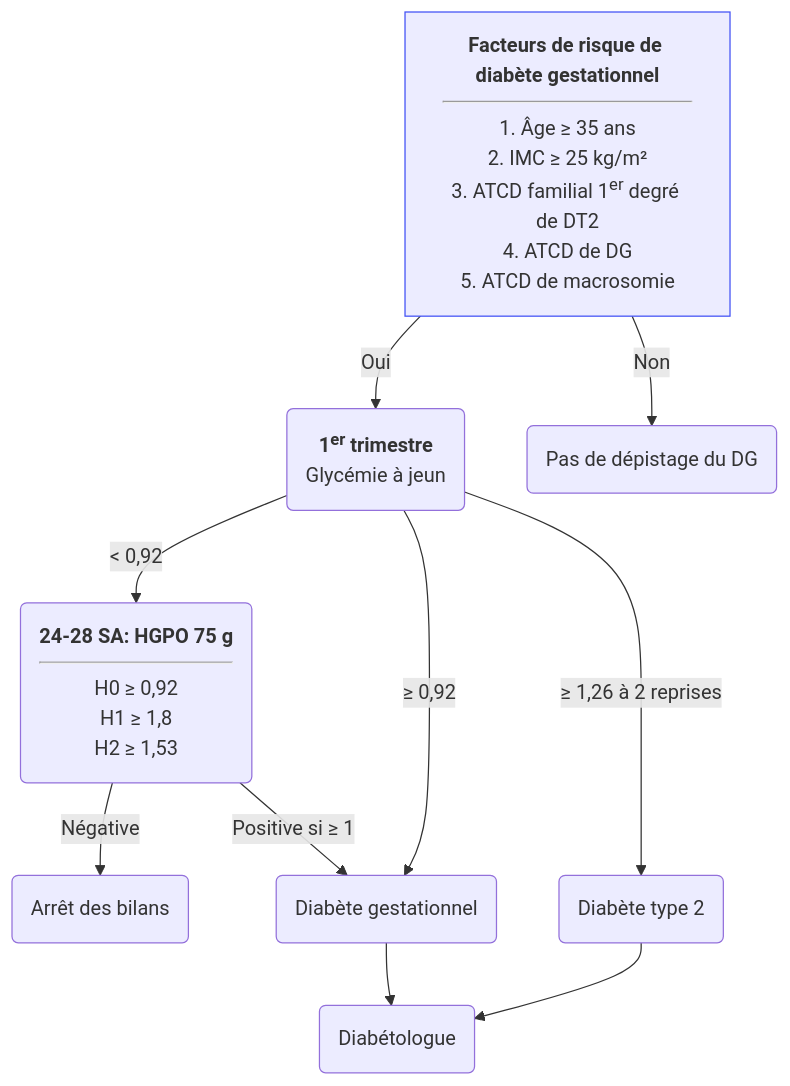
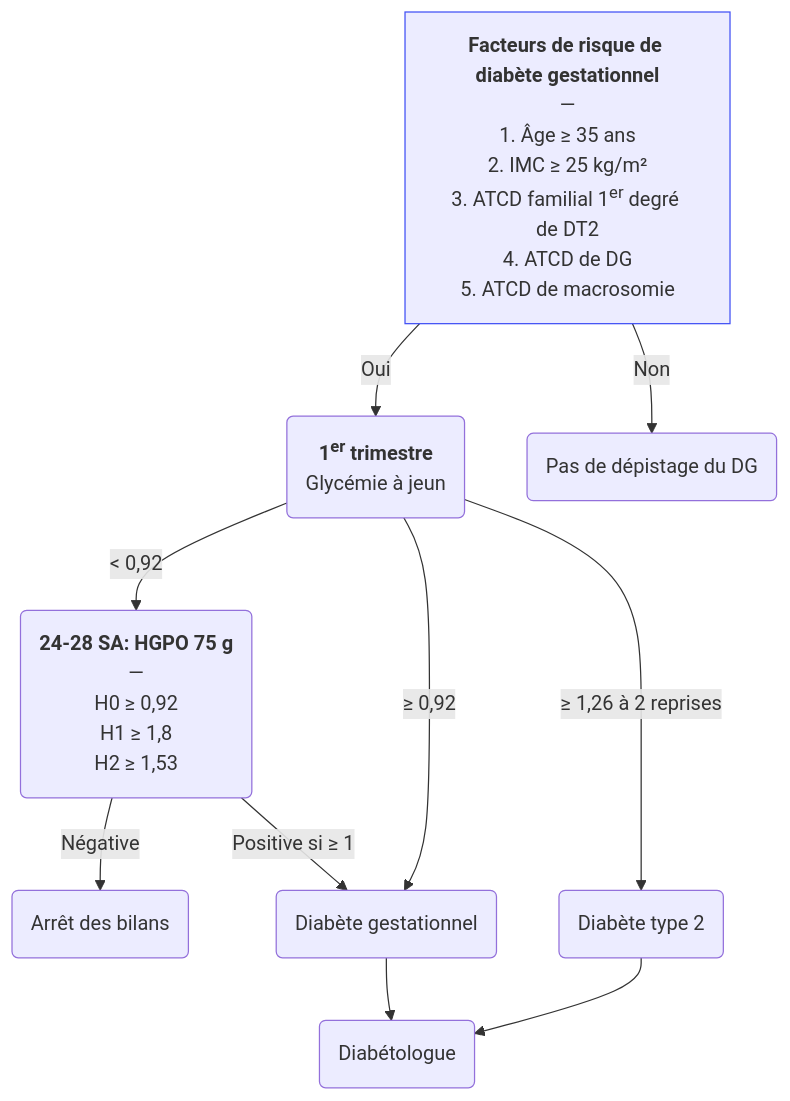
The diagram in content/recommandations/diabete-gestationnel.md (djibe/recommandations-medicales), drawn with Mermaid before and after one commit. The commit also changed 51 other files, not shown here.

```diff
--- a/content/recommandations/diabete-gestationnel.md
+++ b/content/recommandations/diabete-gestationnel.md
@@ -208,15 +208,15 @@
 {{< mermaid title="Conduite à tenir pour le dépistage et la prise en charge du diabète gestationnel. Dr JB Fron d'après SFD/CNGOF 2010" >}}
 graph TB
 accTitle: Conduite à tenir pour le dépistage et la prise en charge du diabète gestationnel d'après SFD/CNGOF 2010
-fdr["<b>Facteurs de risque de diabète gestationnel</b><hr>1. Âge ≥ 35 ans<br>2. IMC ≥ 25 kg/m²<br>3. ATCD familial 1<sup>er</sup> degré de DT2<br>4. ATCD de DG<br>5. ATCD de macrosomie"]
+fdr["<b>Facteurs de risque de diabète gestationnel</b><br>—<br>1. Âge ≥ 35 ans<br>2. IMC ≥ 25 kg/m²<br>3. ATCD familial 1<sup>er</sup> degré de DT2<br>4. ATCD de DG<br>5. ATCD de macrosomie"]
 style fdr stroke:#4150f5, stroke-width:1px
   fdr -- Oui --> gaj("<b>1<sup>er</sup> trimestre</b><br>Glycémie à jeun")
-    gaj -- "&lt; 0,92" --> hgpo("<b>24-28 SA: HGPO 75 g</b><hr>H0 ≥ 0,92<br>H1 ≥ 1,8<br>H2 ≥ 1,53")
+    gaj -- "&lt; 0,92" --> hgpo("<b>24-28 SA: HGPO 75 g</b><br>—<br>H0 ≥ 0,92<br>H1 ≥ 1,8<br>H2 ≥ 1,53")
       hgpo -- Négative --> arret2(Arrêt des bilans)
       hgpo -- "Positive si ≥ 1" --> DG
     gaj -- "≥ 0,92" --> DG(Diabète gestationnel)
       DG --> diabeto(Diabétologue)
     gaj -- "≥ 1,26 à 2 reprises" --> DT2(Diabète type 2)
       DT2 --> diabeto
   fdr -- Non --> arret(Pas de dépistage du DG)
 {{< /mermaid >}}
```
